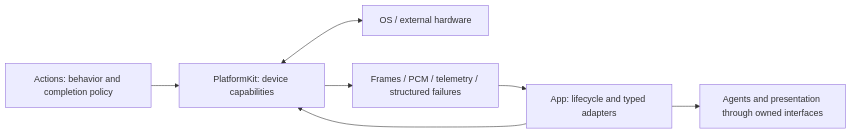
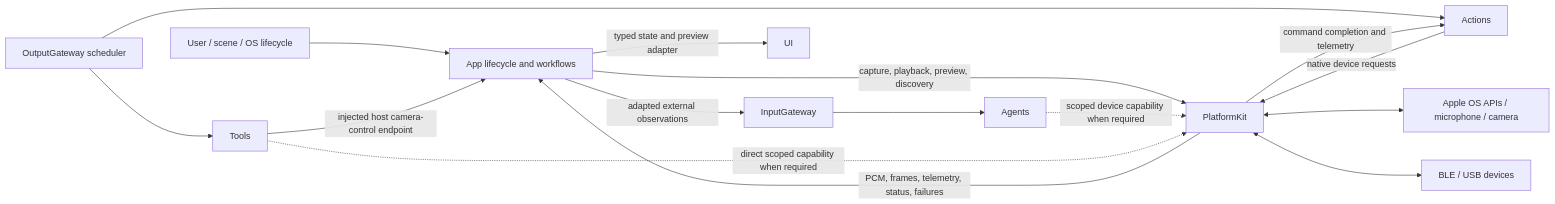
One commit to devilyouwei/MobileHarness changed the first of 2 diagrams in MobileHarness/PlatformKit/README.md. Above: the diagram before and after it, drawn with Mermaid. The commit also changed other lines of this file and 1 other file, not shown here.

Commit message:
docs: expand kit dependency and flow diagrams

````diff
--- a/MobileHarness/PlatformKit/README.md
+++ b/MobileHarness/PlatformKit/README.md
@@ -12,9 +20,21 @@
 ```mermaid
 flowchart LR
-    Actions[Actions: behavior and completion policy] --> SDK[PlatformKit: device capabilities]
-    App[App: lifecycle and typed adapters] --> SDK
-    SDK <--> Hardware[OS / external hardware]
-    SDK --> Facts[Frames / PCM / telemetry / structured failures]
-    Facts --> App
-    App --> Consumers[Agents and presentation through owned interfaces]
+    Intent[User / scene / OS lifecycle] --> App[App lifecycle and workflows]
+    Gateway[OutputGateway scheduler] --> Actions[Actions]
+    Gateway --> Tools[Tools]
+
+    App -->|capture, playback, preview, discovery| Platform[PlatformKit]
+    Actions -->|native device requests| Platform
+    Agents[Agents] -.->|scoped device capability when required| Platform
+    Tools -->|injected host camera-control endpoint| App
+    Tools -.->|direct scoped capability when required| Platform
+
+    Platform <--> Systems[Apple OS APIs / microphone / camera]
+    Platform <--> Hardware[BLE / USB devices]
+    Platform -->|PCM, frames, telemetry, status, failures| App
+    Platform -->|command completion and telemetry| Actions
+
+    App -->|adapted external observations| Input[InputGateway]
+    Input --> Agents
+    App -->|typed state and preview adapter| UI[UI]
 ```
````
